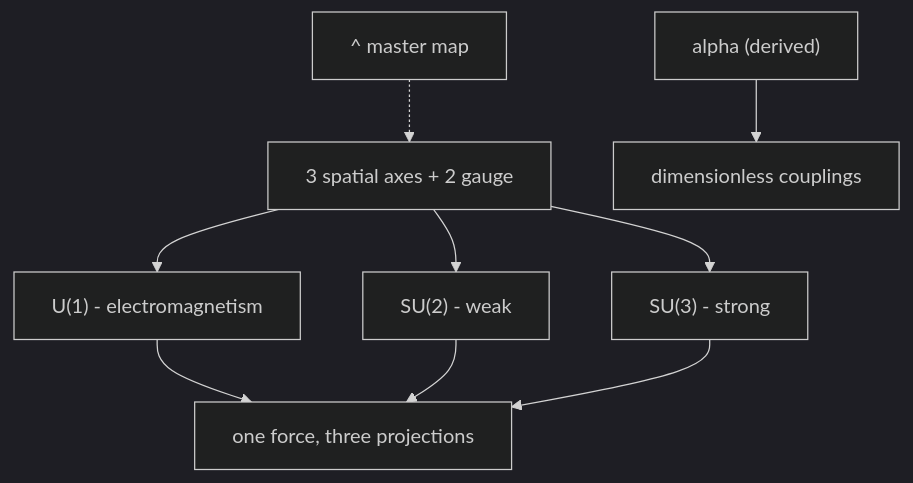
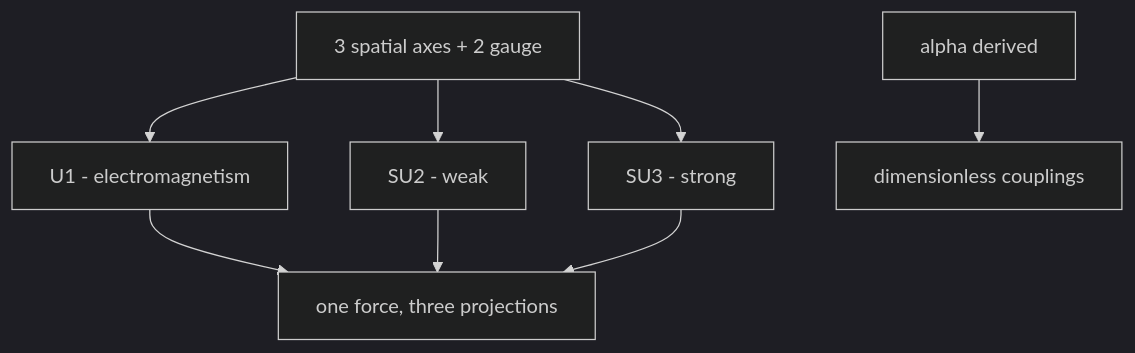
Before and after one commit to jimscarver/quantum-logical-framework: the fourth of 11 diagrams in FlowChart.md, drawn with Mermaid (dark theme). The commit also changed other lines of this file, not shown here.

First line of the commit message:
FlowChart.md: drop sub-chart hub nodes + parentheses (GitHub render fixes)

````diff
--- a/FlowChart.md
+++ b/FlowChart.md
@@ -96,11 +96,11 @@
 ```mermaid
 flowchart TD
-  H3["^ master map"] -.-> AX["3 spatial axes + 2 gauge"]
-  AX --> EM["U(1) - electromagnetism"]
-  AX --> WK["SU(2) - weak"]
-  AX --> ST["SU(3) - strong"]
-  AL["alpha (derived)"] --> CPL["dimensionless couplings"]
+  AX["3 spatial axes + 2 gauge"]
+  AX --> EM["U1 - electromagnetism"]
+  AX --> WK["SU2 - weak"]
+  AX --> ST["SU3 - strong"]
+  AL["alpha derived"] --> CPL["dimensionless couplings"]
   EM --> UNI["one force, three projections"]
   WK --> UNI
   ST --> UNI
 ```
````
